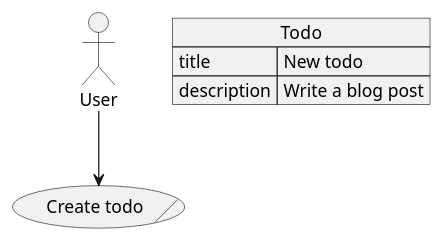
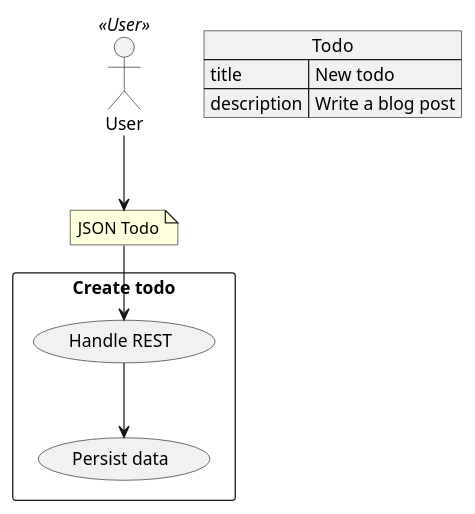
The second of 2 diagrams in _drafts/domain-storytelling.adoc (unexist/blog), drawn with PlantUML before and after one commit. The commit also changed other lines of this file, not shown here.

```diff
--- a/_drafts/domain-storytelling.adoc
+++ b/_drafts/domain-storytelling.adoc
@@ -75,15 +106,26 @@
 [plantuml]
 ----
 skinparam linetype ortho
 skinparam nodesep 20
 skinparam ranksep 20
 
 @startuml
-:User: --> (Create todo)/
+actor User << User >> as u1
+
+rectangle "Create todo" {
+    (Handle REST) as uc1
+    (Persist data) as uc2
+}
+
+note "JSON Todo" as n1
+u1 --> n1
+n1 --> uc1
+
+uc1 --> uc2
 
 json Todo {
     "title": "New todo",
     "description": "Write a blog post"
 }
 @enduml
 ----
```
